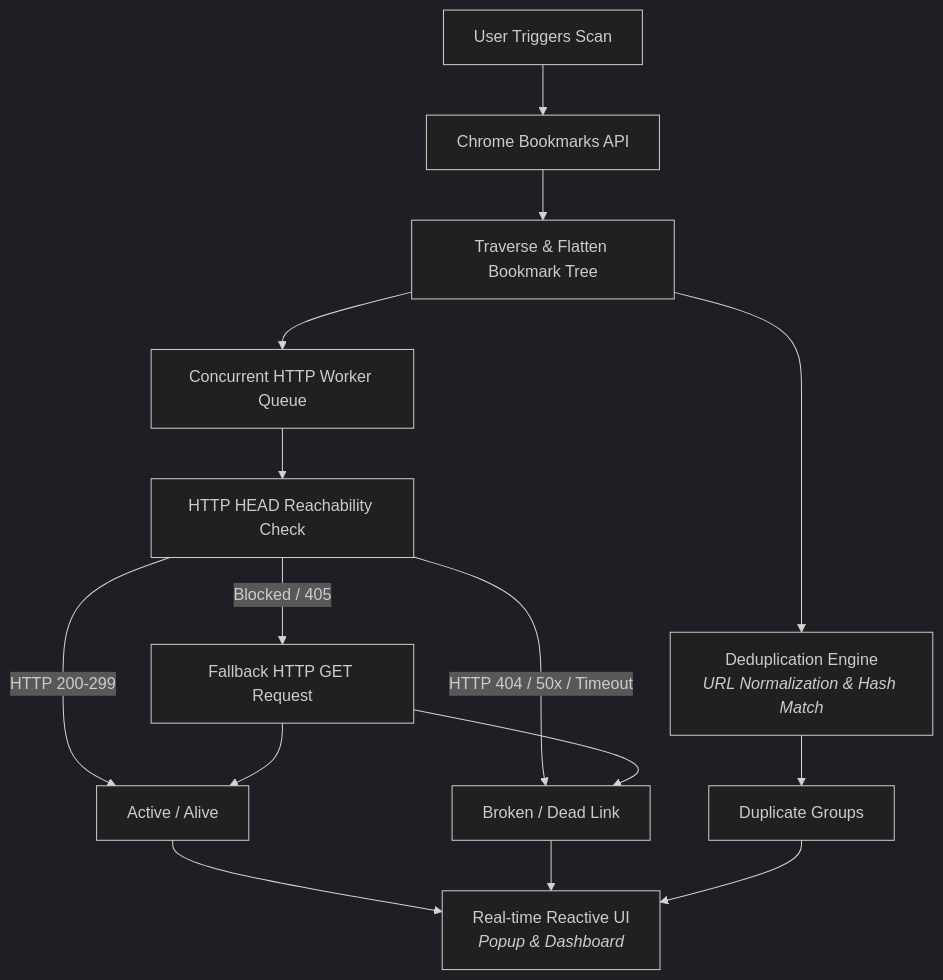
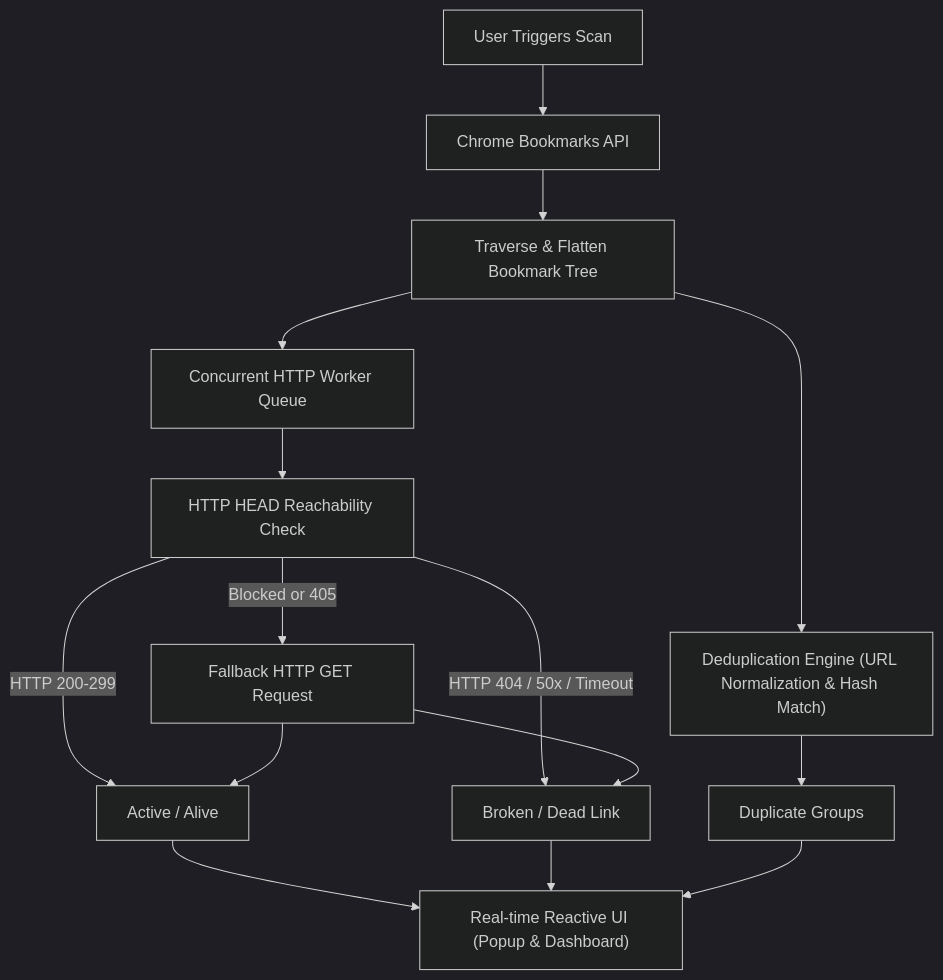
Before and after one commit to onurb120/ChromePluginBookmarkChecker: the diagram in README.md, drawn with Mermaid (dark theme).

Commit message:
fix(docs): resolve Mermaid syntax error in How It Works diagram

````diff
--- a/README.md
+++ b/README.md
@@ -79,15 +79,17 @@
 ```mermaid
 flowchart TD
-    A[User Triggers Scan] --> B[Chrome Bookmarks API]
-    B --> C[Traverse & Flatten Bookmark Tree]
-    C --> D[Deduplication Engine<br/><i>URL Normalization & Hash Match</i>]
-    C --> E[Concurrent HTTP Worker Queue]
-    E --> F[HTTP HEAD Reachability Check]
-    F -->|Blocked / 405| G[Fallback HTTP GET Request]
-    F -->|HTTP 200-299| H[Active / Alive]
-    F -->|HTTP 404 / 50x / Timeout| I[Broken / Dead Link]
+    A["User Triggers Scan"] --> B["Chrome Bookmarks API"]
+    B --> C["Traverse & Flatten Bookmark Tree"]
+    C --> D["Deduplication Engine (URL Normalization & Hash Match)"]
+    C --> E["Concurrent HTTP Worker Queue"]
+    E --> F["HTTP HEAD Reachability Check"]
+    F -->|"Blocked or 405"| G["Fallback HTTP GET Request"]
+    F -->|"HTTP 200-299"| H["Active / Alive"]
+    F -->|"HTTP 404 / 50x / Timeout"| I["Broken / Dead Link"]
     G --> H
     G --> I
-    D --> J[Duplicate Groups]
-    H & I & J --> K[Real-time Reactive UI<br/><i>Popup & Dashboard</i>]
+    D --> J["Duplicate Groups"]
+    H --> K["Real-time Reactive UI (Popup & Dashboard)"]
+    I --> K
+    J --> K
 ```
````
